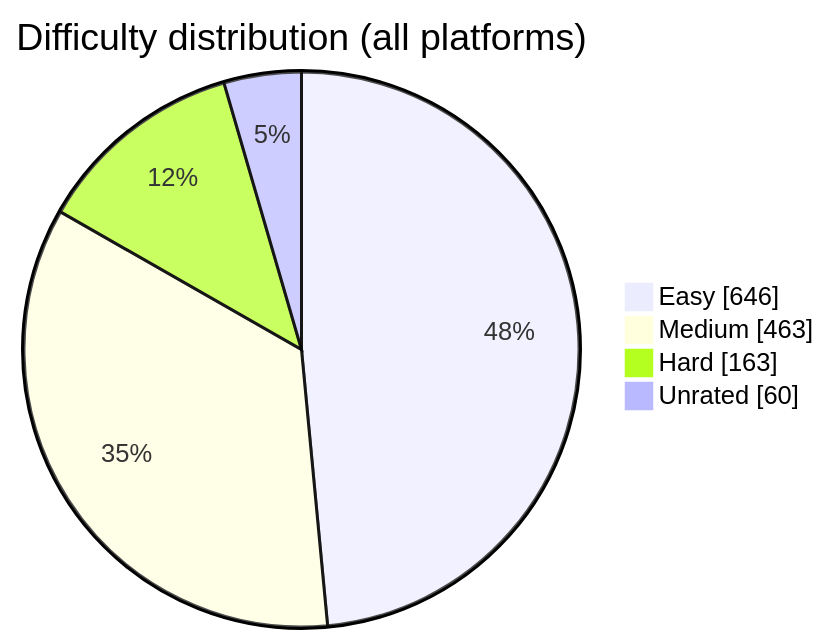
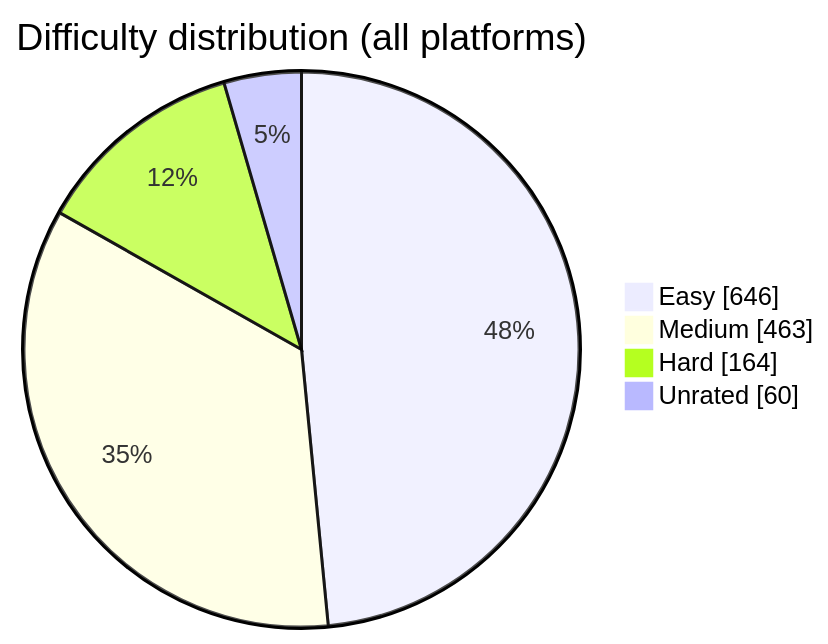
One commit to BuildbyArindam/Daily-Coding-Log changed the diagram in README.md. Above: the diagram before and after it, drawn with Mermaid. The commit also changed other lines of this file, not shown here.

````diff
--- a/README.md
+++ b/README.md
@@ -93,7 +93,7 @@
 ```mermaid
 pie showData title Difficulty distribution (all platforms)
     "Easy" : 646
     "Medium" : 463
-    "Hard" : 163
+    "Hard" : 164
     "Unrated" : 60
 ```
````
